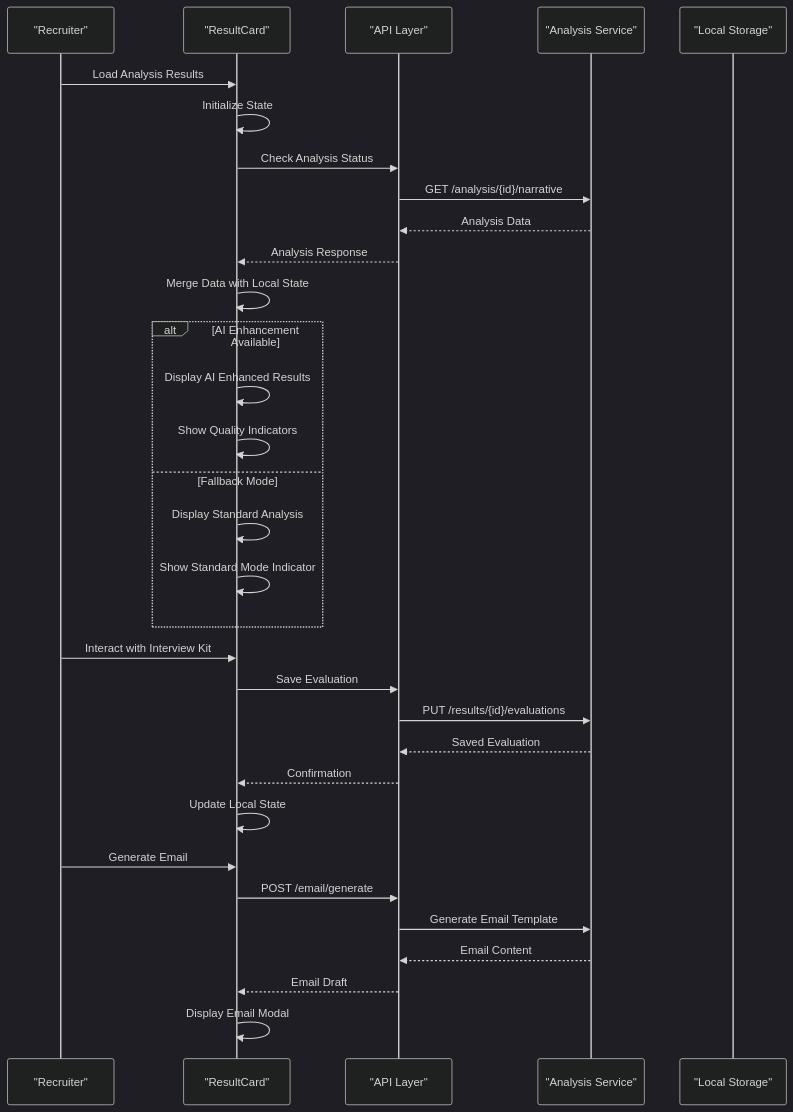
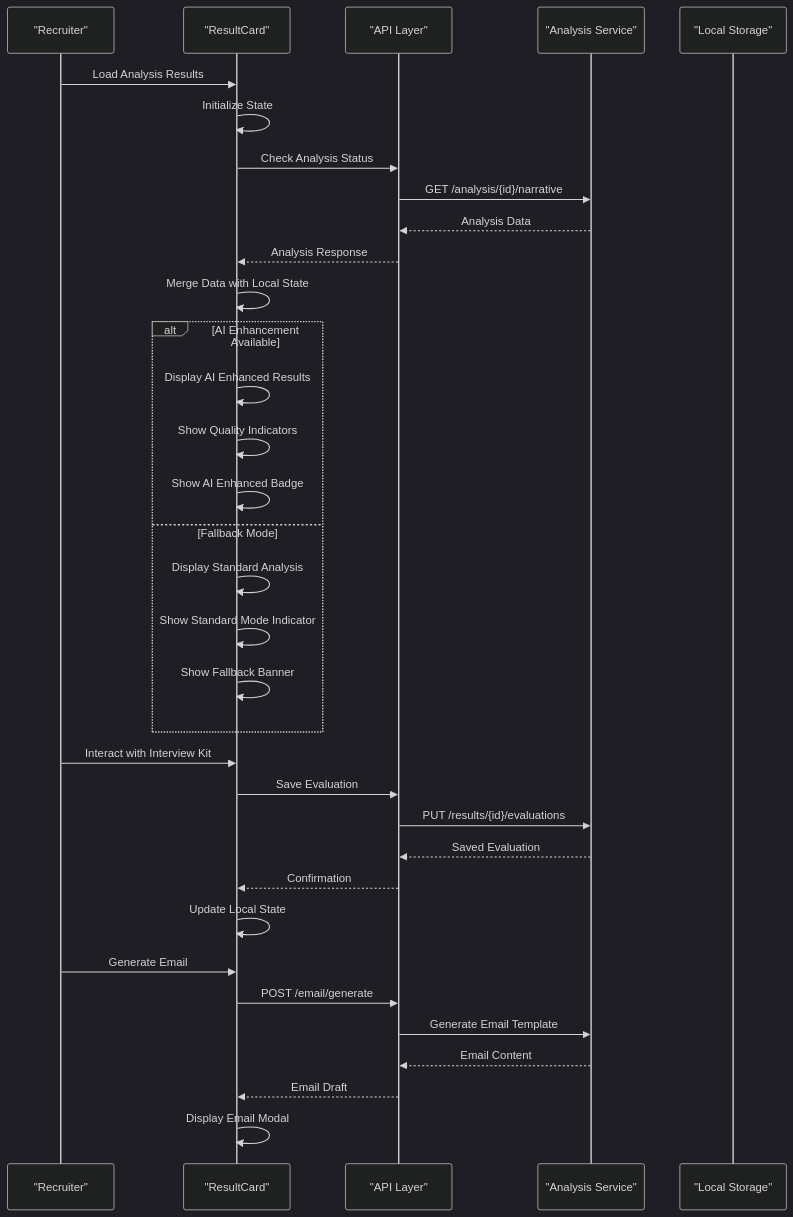
One commit to Revanththetalogics/aireume changed the second of 13 diagrams in .qoder/repowiki/en/content/Frontend Architecture/Component Library/Result Card Component.md. Above: the diagram before and after it, drawn with Mermaid (dark theme). The commit also changed other lines of this file and 15 other files, not shown here.

````diff
--- a/.qoder/repowiki/en/content/Frontend Architecture/Component Library/Result Card Component.md
+++ b/.qoder/repowiki/en/content/Frontend Architecture/Component Library/Result Card Component.md
@@ -98,34 +140,36 @@
 ```mermaid
 sequenceDiagram
 participant User as "Recruiter"
 participant RC as "ResultCard"
 participant API as "API Layer"
 participant Backend as "Analysis Service"
 participant Cache as "Local Storage"
 User->>RC : Load Analysis Results
 RC->>RC : Initialize State
 RC->>API : Check Analysis Status
 API->>Backend : GET /analysis/{id}/narrative
 Backend-->>API : Analysis Data
 API-->>RC : Analysis Response
 RC->>RC : Merge Data with Local State
 alt AI Enhancement Available
 RC->>RC : Display AI Enhanced Results
 RC->>RC : Show Quality Indicators
+RC->>RC : Show AI Enhanced Badge
 else Fallback Mode
 RC->>RC : Display Standard Analysis
 RC->>RC : Show Standard Mode Indicator
+RC->>RC : Show Fallback Banner
 end
 User->>RC : Interact with Interview Kit
 RC->>API : Save Evaluation
 API->>Backend : PUT /results/{id}/evaluations
 Backend-->>API : Saved Evaluation
 API-->>RC : Confirmation
 RC->>RC : Update Local State
 User->>RC : Generate Email
 RC->>API : POST /email/generate
 API->>Backend : Generate Email Template
 Backend-->>API : Email Content
 API-->>RC : Email Draft
 RC->>RC : Display Email Modal
 ```
````
